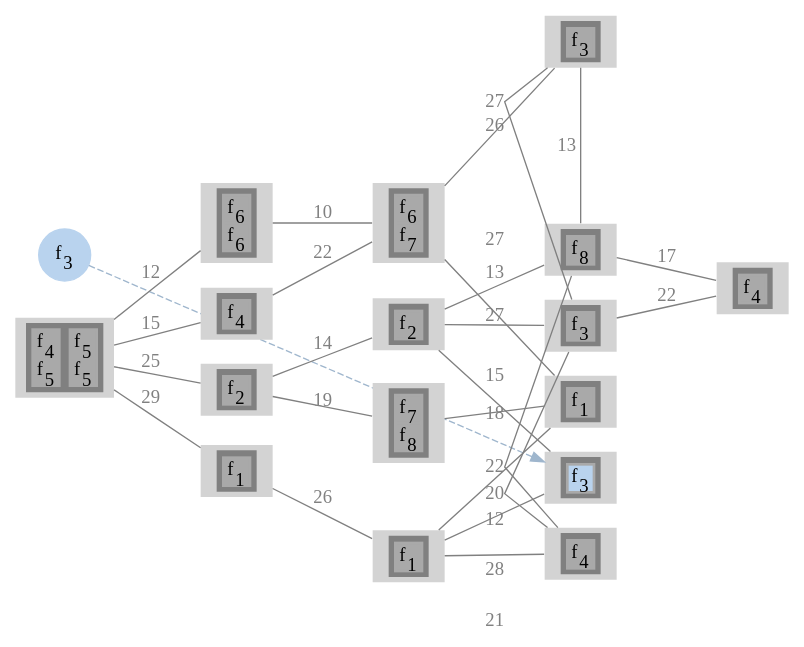
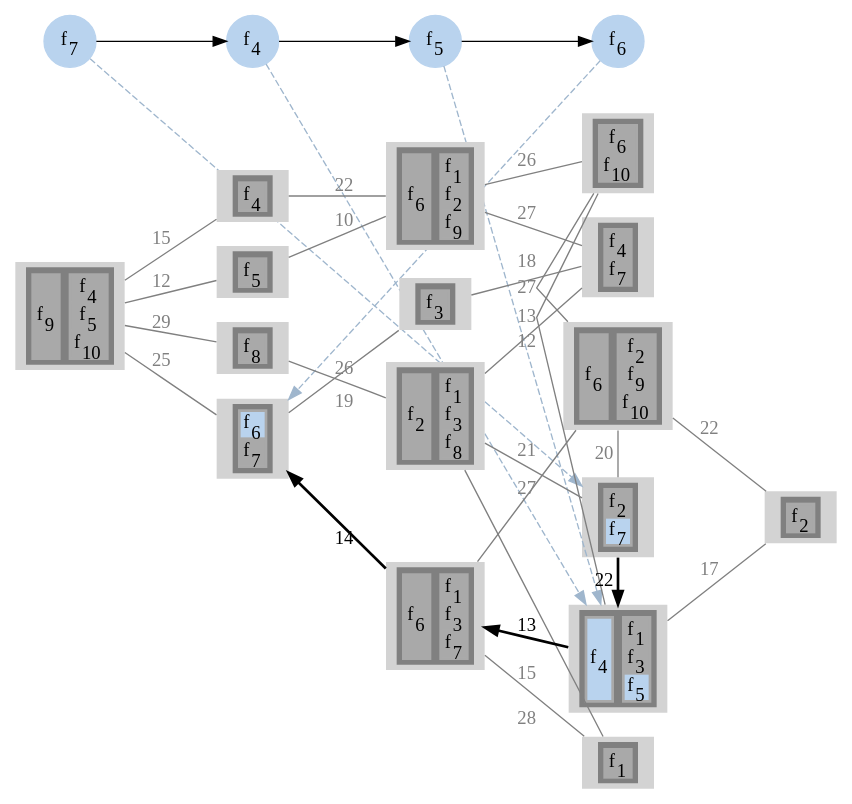
The diagram in output/sevenReliabilityOne/gv/sfcAssgn1.gv (prateekshyap/SFC_Placement_in_VNF), drawn with Graphviz before and after one commit. The commit also changed 74 other files, not shown here.

```diff
--- a/output/sevenReliabilityOne/gv/sfcAssgn1.gv
+++ b/output/sevenReliabilityOne/gv/sfcAssgn1.gv
@@ -5,8 +5,17 @@
 subgraph sfc
 {
 node [shape=circle]
-{rank = same; f3; };
-f3[style=filled label=<f<SUB>3</SUB>> color="slategray2"]
+{rank = same; f7; };
+{rank = same; f4; };
+{rank = same; f5; };
+{rank = same; f6; };
+f7[style=filled label=<f<SUB>7</SUB>> color="slategray2"]
+f4[style=filled label=<f<SUB>4</SUB>> color="slategray2"]
+f5[style=filled label=<f<SUB>5</SUB>> color="slategray2"]
+f6[style=filled label=<f<SUB>6</SUB>> color="slategray2"]
+f7 -> f4
+f4 -> f5
+f5 -> f6
 }
 subgraph network
 {
@@ -16,20 +25,103 @@
 {rank = same; 4; 6; 7; 9; };
 {rank = same; 5; 11; 10; 14; 12; 13; };
 {rank = same; 16; };
+14[style=filled
+label=<
+<TABLE BORDER="0" BGCOLOR="gray">
+<TR>
+<TD>
+<TABLE BORDER="0" BGCOLOR="darkgray">
+<TR><TD PORT="f10" BGCOLOR="darkgray">f<SUB>2</SUB></TD></TR>
+<TR><TD PORT="f27" BGCOLOR="slategray2">f<SUB>7</SUB></TD></TR>
+</TABLE>
+</TD>
+</TR>
+</TABLE>>]
+
+12[style=filled
+label=<
+<TABLE BORDER="0" BGCOLOR="gray">
+<TR>
+<TD>
+<TABLE BORDER="0" BGCOLOR="darkgray">
+<TR><TD PORT="f15" BGCOLOR="slategray2">f<SUB>4</SUB></TD></TR>
+</TABLE>
+</TD>
+<TD>
+<TABLE BORDER="0" BGCOLOR="darkgray">
+<TR><TD PORT="f3" BGCOLOR="darkgray">f<SUB>1</SUB></TD></TR>
+<TR><TD PORT="f12" BGCOLOR="darkgray">f<SUB>3</SUB></TD></TR>
+<TR><TD PORT="f19" BGCOLOR="slategray2">f<SUB>5</SUB></TD></TR>
+</TABLE>
+</TD>
+</TR>
+</TABLE>>]
+
+12[style=filled
+label=<
+<TABLE BORDER="0" BGCOLOR="gray">
+<TR>
+<TD>
+<TABLE BORDER="0" BGCOLOR="darkgray">
+<TR><TD PORT="f15" BGCOLOR="slategray2">f<SUB>4</SUB></TD></TR>
+</TABLE>
+</TD>
+<TD>
+<TABLE BORDER="0" BGCOLOR="darkgray">
+<TR><TD PORT="f3" BGCOLOR="darkgray">f<SUB>1</SUB></TD></TR>
+<TR><TD PORT="f12" BGCOLOR="darkgray">f<SUB>3</SUB></TD></TR>
+<TR><TD PORT="f19" BGCOLOR="slategray2">f<SUB>5</SUB></TD></TR>
+</TABLE>
+</TD>
+</TR>
+</TABLE>>]
+
+12[style=filled
+label=<
+<TABLE BORDER="0" BGCOLOR="gray">
+<TR>
+<TD>
+<TABLE BORDER="0" BGCOLOR="darkgray">
+<TR><TD PORT="f15" BGCOLOR="slategray2">f<SUB>4</SUB></TD></TR>
+</TABLE>
+</TD>
+<TD>
+<TABLE BORDER="0" BGCOLOR="darkgray">
+<TR><TD PORT="f3" BGCOLOR="darkgray">f<SUB>1</SUB></TD></TR>
+<TR><TD PORT="f12" BGCOLOR="darkgray">f<SUB>3</SUB></TD></TR>
+<TR><TD PORT="f19" BGCOLOR="slategray2">f<SUB>5</SUB></TD></TR>
+</TABLE>
+</TD>
+</TR>
+</TABLE>>]
+
+8[style=filled
+label=<
+<TABLE BORDER="0" BGCOLOR="gray">
+<TR>
+<TD>
+<TABLE BORDER="0" BGCOLOR="darkgray">
+<TR><TD PORT="f22" BGCOLOR="slategray2">f<SUB>6</SUB></TD></TR>
+<TR><TD PORT="f29" BGCOLOR="darkgray">f<SUB>7</SUB></TD></TR>
+</TABLE>
+</TD>
+</TR>
+</TABLE>>]
+
 1[style=filled
 label=<
 <TABLE BORDER="0" BGCOLOR="gray">
 <TR>
 <TD>
 <TABLE BORDER="0" BGCOLOR="darkgray">
-<TR><TD PORT="f12" BGCOLOR="darkgray">f<SUB>4</SUB></TD></TR>
-<TR><TD PORT="f13" BGCOLOR="darkgray">f<SUB>5</SUB></TD></TR>
+<TR><TD PORT="f33" BGCOLOR="darkgray">f<SUB>9</SUB></TD></TR>
 </TABLE>
 </TD>
 <TD>
 <TABLE BORDER="0" BGCOLOR="darkgray">
-<TR><TD PORT="f14" BGCOLOR="darkgray">f<SUB>5</SUB></TD></TR>
-<TR><TD PORT="f15" BGCOLOR="darkgray">f<SUB>5</SUB></TD></TR>
+<TR><TD PORT="f16" BGCOLOR="darkgray">f<SUB>4</SUB></TD></TR>
+<TR><TD PORT="f21" BGCOLOR="darkgray">f<SUB>5</SUB></TD></TR>
+<TR><TD PORT="f37" BGCOLOR="darkgray">f<SUB>10</SUB></TD></TR>
 </TABLE>
 </TD>
 </TR>
@@ -41,8 +133,7 @@
 <TR>
 <TD>
 <TABLE BORDER="0" BGCOLOR="darkgray">
-<TR><TD PORT="f16" BGCOLOR="darkgray">f<SUB>6</SUB></TD></TR>
-<TR><TD PORT="f17" BGCOLOR="darkgray">f<SUB>6</SUB></TD></TR>
+<TR><TD PORT="f20" BGCOLOR="darkgray">f<SUB>5</SUB></TD></TR>
 </TABLE>
 </TD>
 </TR>
@@ -54,19 +145,7 @@
 <TR>
 <TD>
 <TABLE BORDER="0" BGCOLOR="darkgray">
-<TR><TD PORT="f1" BGCOLOR="darkgray">f<SUB>1</SUB></TD></TR>
-</TABLE>
-</TD>
-</TR>
-</TABLE>>]
-
-8[style=filled
-label=<
-<TABLE BORDER="0" BGCOLOR="gray">
-<TR>
-<TD>
-<TABLE BORDER="0" BGCOLOR="darkgray">
-<TR><TD PORT="f4" BGCOLOR="darkgray">f<SUB>2</SUB></TD></TR>
+<TR><TD PORT="f32" BGCOLOR="darkgray">f<SUB>8</SUB></TD></TR>
 </TABLE>
 </TD>
 </TR>
@@ -78,7 +157,7 @@
 <TR>
 <TD>
 <TABLE BORDER="0" BGCOLOR="darkgray">
-<TR><TD PORT="f10" BGCOLOR="darkgray">f<SUB>4</SUB></TD></TR>
+<TR><TD PORT="f17" BGCOLOR="darkgray">f<SUB>4</SUB></TD></TR>
 </TABLE>
 </TD>
 </TR>
@@ -90,8 +169,14 @@
 <TR>
 <TD>
 <TABLE BORDER="0" BGCOLOR="darkgray">
-<TR><TD PORT="f18" BGCOLOR="darkgray">f<SUB>6</SUB></TD></TR>
-<TR><TD PORT="f19" BGCOLOR="darkgray">f<SUB>7</SUB></TD></TR>
+<TR><TD PORT="f24" BGCOLOR="darkgray">f<SUB>6</SUB></TD></TR>
+</TABLE>
+</TD>
+<TD>
+<TABLE BORDER="0" BGCOLOR="darkgray">
+<TR><TD PORT="f2" BGCOLOR="darkgray">f<SUB>1</SUB></TD></TR>
+<TR><TD PORT="f8" BGCOLOR="darkgray">f<SUB>2</SUB></TD></TR>
+<TR><TD PORT="f35" BGCOLOR="darkgray">f<SUB>9</SUB></TD></TR>
 </TABLE>
 </TD>
 </TR>
@@ -103,7 +188,14 @@
 <TR>
 <TD>
 <TABLE BORDER="0" BGCOLOR="darkgray">
-<TR><TD PORT="f3" BGCOLOR="darkgray">f<SUB>1</SUB></TD></TR>
+<TR><TD PORT="f6" BGCOLOR="darkgray">f<SUB>2</SUB></TD></TR>
+</TABLE>
+</TD>
+<TD>
+<TABLE BORDER="0" BGCOLOR="darkgray">
+<TR><TD PORT="f5" BGCOLOR="darkgray">f<SUB>1</SUB></TD></TR>
+<TR><TD PORT="f13" BGCOLOR="darkgray">f<SUB>3</SUB></TD></TR>
+<TR><TD PORT="f31" BGCOLOR="darkgray">f<SUB>8</SUB></TD></TR>
 </TABLE>
 </TD>
 </TR>
@@ -115,7 +207,8 @@
 <TR>
 <TD>
 <TABLE BORDER="0" BGCOLOR="darkgray">
-<TR><TD PORT="f2" BGCOLOR="darkgray">f<SUB>1</SUB></TD></TR>
+<TR><TD PORT="f18" BGCOLOR="darkgray">f<SUB>4</SUB></TD></TR>
+<TR><TD PORT="f30" BGCOLOR="darkgray">f<SUB>7</SUB></TD></TR>
 </TABLE>
 </TD>
 </TR>
@@ -127,7 +220,8 @@
 <TR>
 <TD>
 <TABLE BORDER="0" BGCOLOR="darkgray">
-<TR><TD PORT="f7" BGCOLOR="darkgray">f<SUB>3</SUB></TD></TR>
+<TR><TD PORT="f26" BGCOLOR="darkgray">f<SUB>6</SUB></TD></TR>
+<TR><TD PORT="f36" BGCOLOR="darkgray">f<SUB>10</SUB></TD></TR>
 </TABLE>
 </TD>
 </TR>
@@ -139,8 +233,7 @@
 <TR>
 <TD>
 <TABLE BORDER="0" BGCOLOR="darkgray">
-<TR><TD PORT="f20" BGCOLOR="darkgray">f<SUB>7</SUB></TD></TR>
-<TR><TD PORT="f21" BGCOLOR="darkgray">f<SUB>8</SUB></TD></TR>
+<TR><TD PORT="f14" BGCOLOR="darkgray">f<SUB>3</SUB></TD></TR>
 </TABLE>
 </TD>
 </TR>
@@ -152,19 +245,7 @@
 <TR>
 <TD>
 <TABLE BORDER="0" BGCOLOR="darkgray">
-<TR><TD PORT="f6" BGCOLOR="slategray2">f<SUB>3</SUB></TD></TR>
-</TABLE>
-</TD>
-</TR>
-</TABLE>>]
-
-14[style=filled
-label=<
-<TABLE BORDER="0" BGCOLOR="gray">
-<TR>
-<TD>
-<TABLE BORDER="0" BGCOLOR="darkgray">
-<TR><TD PORT="f9" BGCOLOR="darkgray">f<SUB>4</SUB></TD></TR>
+<TR><TD PORT="f1" BGCOLOR="darkgray">f<SUB>1</SUB></TD></TR>
 </TABLE>
 </TD>
 </TR>
@@ -176,19 +257,14 @@
 <TR>
 <TD>
 <TABLE BORDER="0" BGCOLOR="darkgray">
-<TR><TD PORT="f5" BGCOLOR="darkgray">f<SUB>2</SUB></TD></TR>
+<TR><TD PORT="f23" BGCOLOR="darkgray">f<SUB>6</SUB></TD></TR>
 </TABLE>
 </TD>
-</TR>
-</TABLE>>]
-
-12[style=filled
-label=<
-<TABLE BORDER="0" BGCOLOR="gray">
-<TR>
 <TD>
 <TABLE BORDER="0" BGCOLOR="darkgray">
-<TR><TD PORT="f22" BGCOLOR="darkgray">f<SUB>8</SUB></TD></TR>
+<TR><TD PORT="f4" BGCOLOR="darkgray">f<SUB>1</SUB></TD></TR>
+<TR><TD PORT="f11" BGCOLOR="darkgray">f<SUB>3</SUB></TD></TR>
+<TR><TD PORT="f28" BGCOLOR="darkgray">f<SUB>7</SUB></TD></TR>
 </TABLE>
 </TD>
 </TR>
@@ -200,7 +276,14 @@
 <TR>
 <TD>
 <TABLE BORDER="0" BGCOLOR="darkgray">
-<TR><TD PORT="f8" BGCOLOR="darkgray">f<SUB>3</SUB></TD></TR>
+<TR><TD PORT="f25" BGCOLOR="darkgray">f<SUB>6</SUB></TD></TR>
+</TABLE>
+</TD>
+<TD>
+<TABLE BORDER="0" BGCOLOR="darkgray">
+<TR><TD PORT="f7" BGCOLOR="darkgray">f<SUB>2</SUB></TD></TR>
+<TR><TD PORT="f34" BGCOLOR="darkgray">f<SUB>9</SUB></TD></TR>
+<TR><TD PORT="f38" BGCOLOR="darkgray">f<SUB>10</SUB></TD></TR>
 </TABLE>
 </TD>
 </TR>
@@ -212,12 +295,15 @@
 <TR>
 <TD>
 <TABLE BORDER="0" BGCOLOR="darkgray">
-<TR><TD PORT="f11" BGCOLOR="darkgray">f<SUB>4</SUB></TD></TR>
+<TR><TD PORT="f9" BGCOLOR="darkgray">f<SUB>2</SUB></TD></TR>
 </TABLE>
 </TD>
 </TR>
 </TABLE>>]
 
+14 -> 12[label="22" color="black" penwidth=2]
+12 -> 9[label="13" color="black" penwidth=2]
+9 -> 8[label="14" color="black" penwidth=2]
 1 -> 2[label="12" color="gray" fontcolor="gray" dir = none]
 1 -> 3[label="29" color="gray" fontcolor="gray" dir = none]
 1 -> 8[label="25" color="gray" fontcolor="gray" dir = none]
@@ -232,17 +318,17 @@
 6 -> 10[label="28" color="gray" fontcolor="gray" dir = none]
 6 -> 14[label="21" color="gray" fontcolor="gray" dir = none]
 7 -> 8[label="19" color="gray" fontcolor="gray" dir = none]
-8 -> 9[label="14" color="gray" fontcolor="gray" dir = none]
 9 -> 10[label="15" color="gray" fontcolor="gray" dir = none]
-9 -> 12[label="13" color="gray" fontcolor="gray" dir = none]
 9 -> 13[label="27" color="gray" fontcolor="gray" dir = none]
 11 -> 12[label="13" color="gray" fontcolor="gray" dir = none]
 11 -> 13[label="27" color="gray" fontcolor="gray" dir = none]
-12 -> 14[label="22" color="gray" fontcolor="gray" dir = none]
 12 -> 16[label="17" color="gray" fontcolor="gray" dir = none]
 13 -> 14[label="20" color="gray" fontcolor="gray" dir = none]
 13 -> 16[label="22" color="gray" fontcolor="gray" dir = none]
 }
 splines=false
-f3 -> 10[color="slategray3" style=dashed constraint=false]
+f7 -> 14[color="slategray3" style=dashed constraint=false]
+f4 -> 12[color="slategray3" style=dashed constraint=false]
+f5 -> 12[color="slategray3" style=dashed constraint=false]
+f6 -> 8[color="slategray3" style=dashed constraint=false]
 }
```
